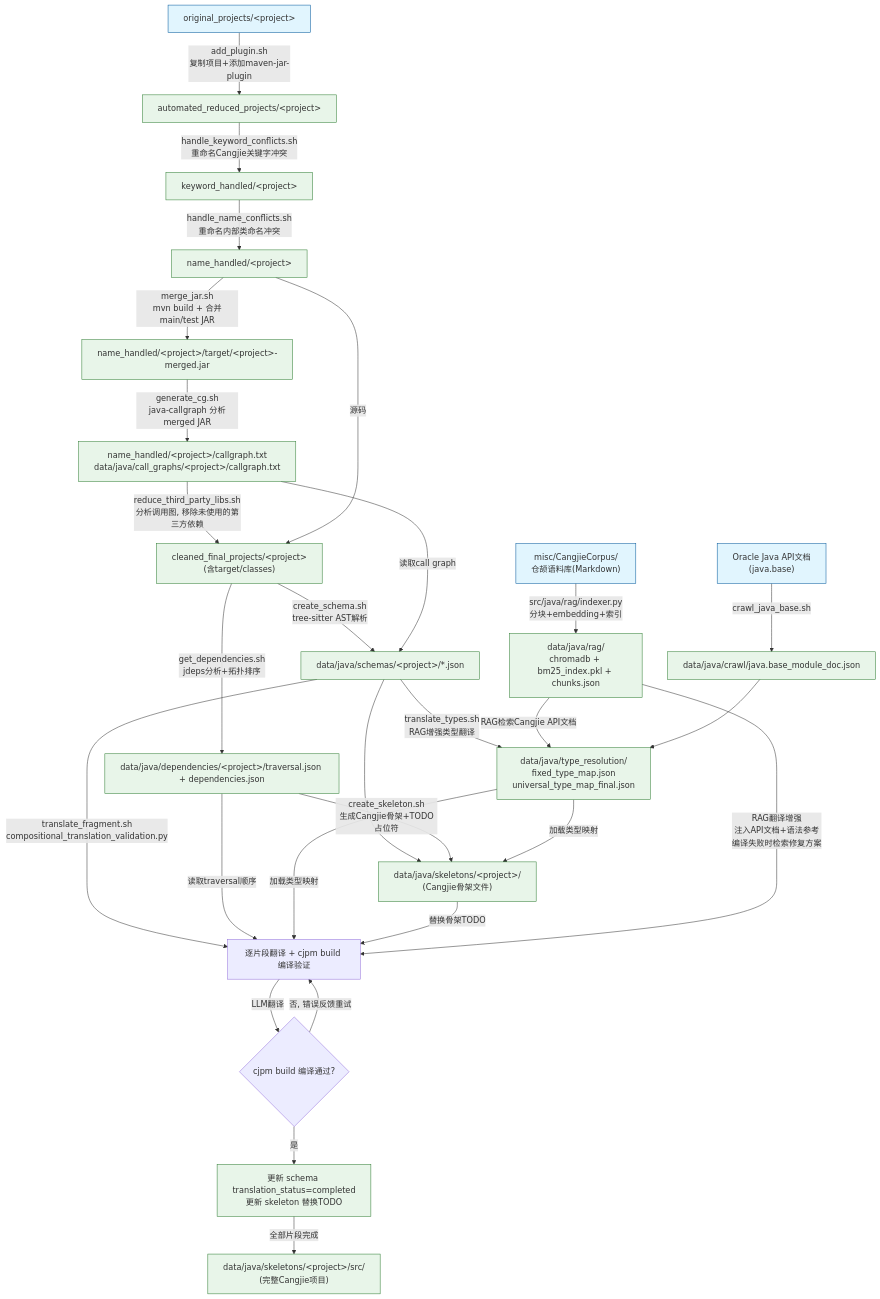
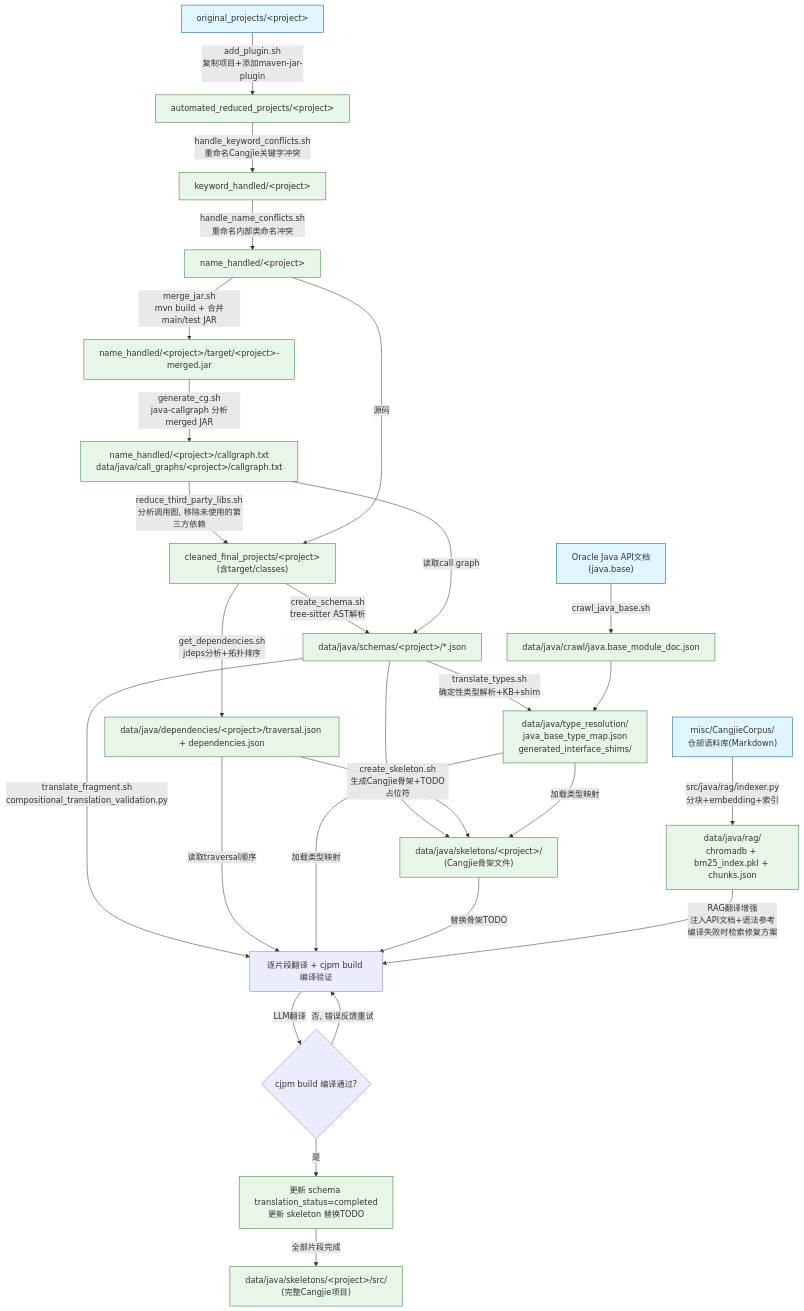
One commit to hx062312/x2cangjie changed the diagram in docs/flowchart.md. Above: the diagram before and after it, drawn with Mermaid. The commit also changed 247 other files, not shown here.

````diff
--- a/docs/flowchart.md
+++ b/docs/flowchart.md
@@ -1,41 +1,40 @@
 ```mermaid
 flowchart TD
     A1["original_projects/&lt;project&gt;"] -->|add_plugin.sh<br/>复制项目+添加maven-jar-plugin| A2["automated_reduced_projects/&lt;project&gt;"]
     A2 -->|handle_keyword_conflicts.sh<br/>重命名Cangjie关键字冲突| A3["keyword_handled/&lt;project&gt;"]
     A3 -->|handle_name_conflicts.sh<br/>重命名内部类命名冲突| A3b["name_handled/&lt;project&gt;"]
     A3b -->|merge_jar.sh<br/>mvn build + 合并main/test JAR| A4["name_handled/&lt;project&gt;/target/&lt;project&gt;-merged.jar"]
     A4 -->|generate_cg.sh<br/>java-callgraph 分析merged JAR| A5["name_handled/&lt;project&gt;/callgraph.txt<br/>data/java/call_graphs/&lt;project&gt;/callgraph.txt"]
     A5 -->|reduce_third_party_libs.sh<br/>分析调用图, 移除未使用的第三方依赖| A6["cleaned_final_projects/&lt;project&gt;<br/>(含target/classes)"]
     A3b -->|源码| A6
 
     A6 -->|create_schema.sh<br/>tree-sitter AST解析| C1["data/java/schemas/&lt;project&gt;/*.json"]
     A5 -->|读取call graph| C1
     A6 -->|get_dependencies.sh<br/>jdeps分析+拓扑排序| C2["data/java/dependencies/&lt;project&gt;/traversal.json + dependencies.json"]
 
     D1["misc/CangjieCorpus/<br/>仓颉语料库(Markdown)"] -->|src/java/rag/indexer.py<br/>分块+embedding+索引| D2["data/java/rag/<br/>chromadb + bm25_index.pkl + chunks.json"]
     D3["Oracle Java API文档<br/>(java.base)"] -->|crawl_java_base.sh| D4["data/java/crawl/java.base_module_doc.json"]
 
-    C1 -->|translate_types.sh<br/>RAG增强类型翻译| E1["data/java/type_resolution/<br/>fixed_type_map.json<br/>universal_type_map_final.json"]
-    D2 -->|RAG检索Cangjie API文档| E1
+    C1 -->|translate_types.sh<br/>确定性类型解析+KB+shim| E1["data/java/type_resolution/<br/>java_base_type_map.json<br/>generated_interface_shims/"]
     D4 --> E1
 
     C1 --> E2
     C2 -->|create_skeleton.sh<br/>生成Cangjie骨架+TODO占位符| E2["data/java/skeletons/&lt;project&gt;/<br/>(Cangjie骨架文件)"]
     E1 -->|加载类型映射| E2
 
     C1 -->|translate_fragment.sh<br/>compositional_translation_validation.py| F1["逐片段翻译 + cjpm build 编译验证"]
     C2 -->|读取traversal顺序| F1
     E1 -->|加载类型映射| F1
     E2 -->|替换骨架TODO| F1
     D2 -->|RAG翻译增强<br/>注入API文档+语法参考<br/>编译失败时检索修复方案| F1
     F1 -->|LLM翻译| F2{"cjpm build 编译通过?"}
     F2 -->|否, 错误反馈重试| F1
     F2 -->|是| F3["更新 schema translation_status=completed<br/>更新 skeleton 替换TODO"]
     F3 -->|全部片段完成| F4["data/java/skeletons/&lt;project&gt;/src/<br/>(完整Cangjie项目)"]
 
     classDef input fill:#e1f5fe,stroke:#01579b
     classDef output fill:#e8f5e9,stroke:#2e7d32
 
     class A1,D1,D3 input
     class A2,A3,A3b,A4,A5,A6,C1,C2,D2,D4,E1,E2,F3,F4 output
 ```
````
